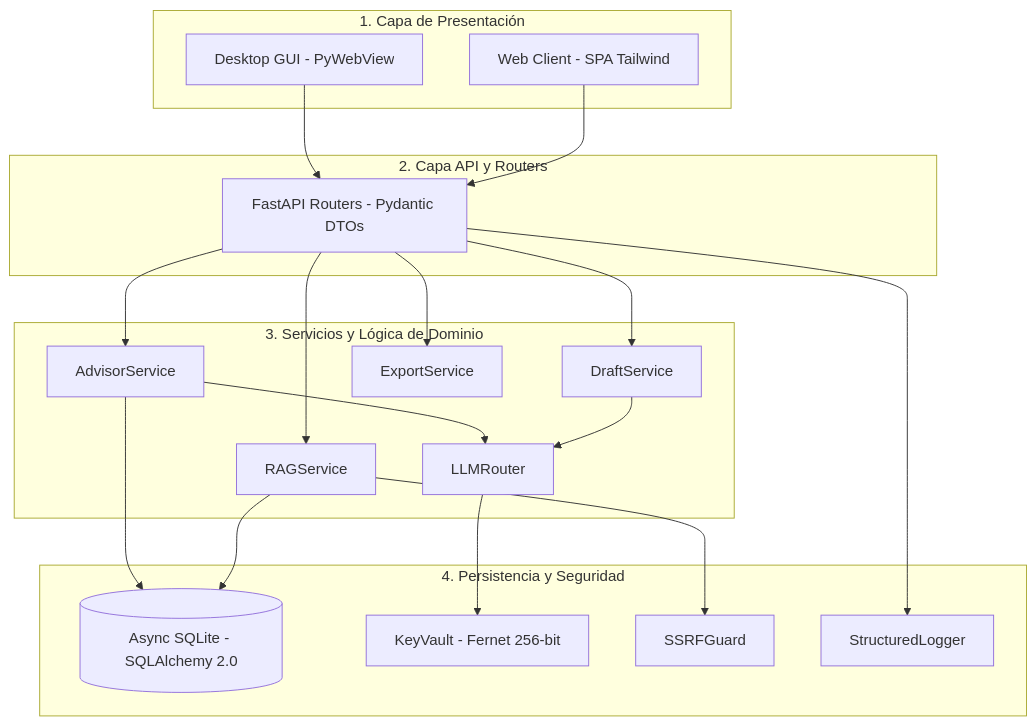
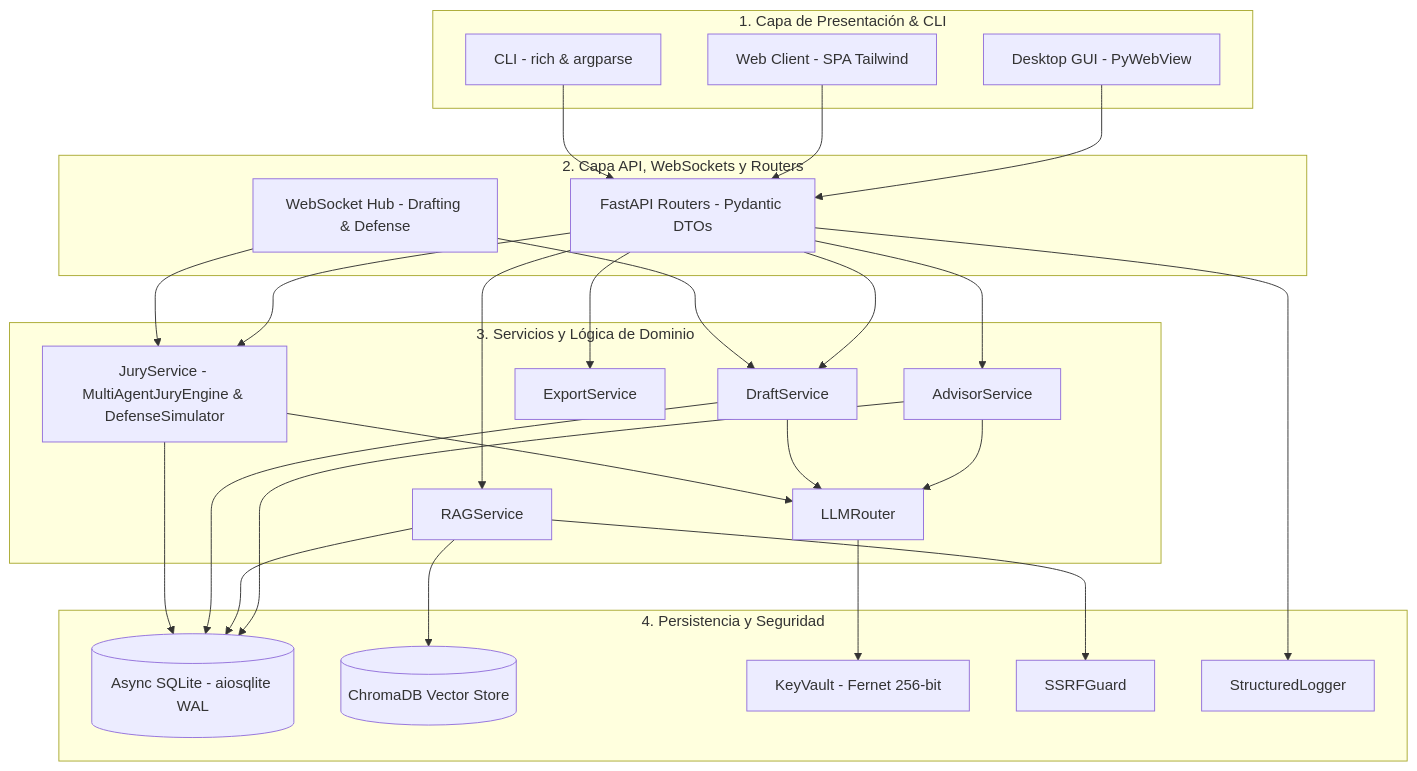
One commit to oscarbol09/thesisforge changed the diagram in docs/architecture/overview.md. Above: the diagram before and after it, drawn with Mermaid. The commit also changed other lines of this file and 5 other files, not shown here.

````diff
--- a/docs/architecture/overview.md
+++ b/docs/architecture/overview.md
@@ -9,40 +9,52 @@
 ```mermaid
 flowchart TD
-    subgraph CapaPresentacion [1. Capa de Presentación]
+    subgraph CapaPresentacion [1. Capa de Presentación & CLI]
         GUI[Desktop GUI - PyWebView]
         WEB[Web Client - SPA Tailwind]
+        CLI[CLI - rich & argparse]
     end
 
-    subgraph CapaAPI [2. Capa API y Routers]
+    subgraph CapaAPI [2. Capa API, WebSockets y Routers]
         ROUTERS[FastAPI Routers - Pydantic DTOs]
+        WS[WebSocket Hub - Drafting & Defense]
     end
 
     subgraph CapaServicios [3. Servicios y Lógica de Dominio]
         ADV[AdvisorService]
         RAG[RAGService]
         DRAFT[DraftService]
         EXP[ExportService]
+        JURY[JuryService - MultiAgentJuryEngine & DefenseSimulator]
         ROUTER[LLMRouter]
     end
 
     subgraph CapaPersistencia [4. Persistencia y Seguridad]
-        DB[(Async SQLite - SQLAlchemy 2.0)]
+        DB[(Async SQLite - aiosqlite WAL)]
+        CHROMA[(ChromaDB Vector Store)]
         VAULT[KeyVault - Fernet 256-bit]
         SSRF[SSRFGuard]
         LOG[StructuredLogger]
     end
 
     GUI --> ROUTERS
     WEB --> ROUTERS
+    CLI --> ROUTERS
     ROUTERS --> ADV
     ROUTERS --> RAG
     ROUTERS --> DRAFT
     ROUTERS --> EXP
+    ROUTERS --> JURY
+    WS --> DRAFT
+    WS --> JURY
     ADV --> ROUTER
     DRAFT --> ROUTER
+    JURY --> ROUTER
     ADV --> DB
     RAG --> DB
+    DRAFT --> DB
+    JURY --> DB
+    RAG --> CHROMA
     ROUTER --> VAULT
     RAG --> SSRF
     ROUTERS --> LOG
 ```
````
